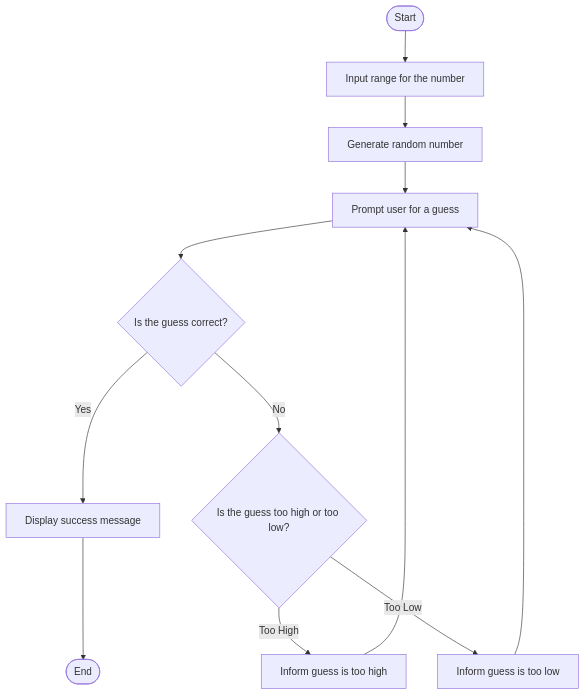
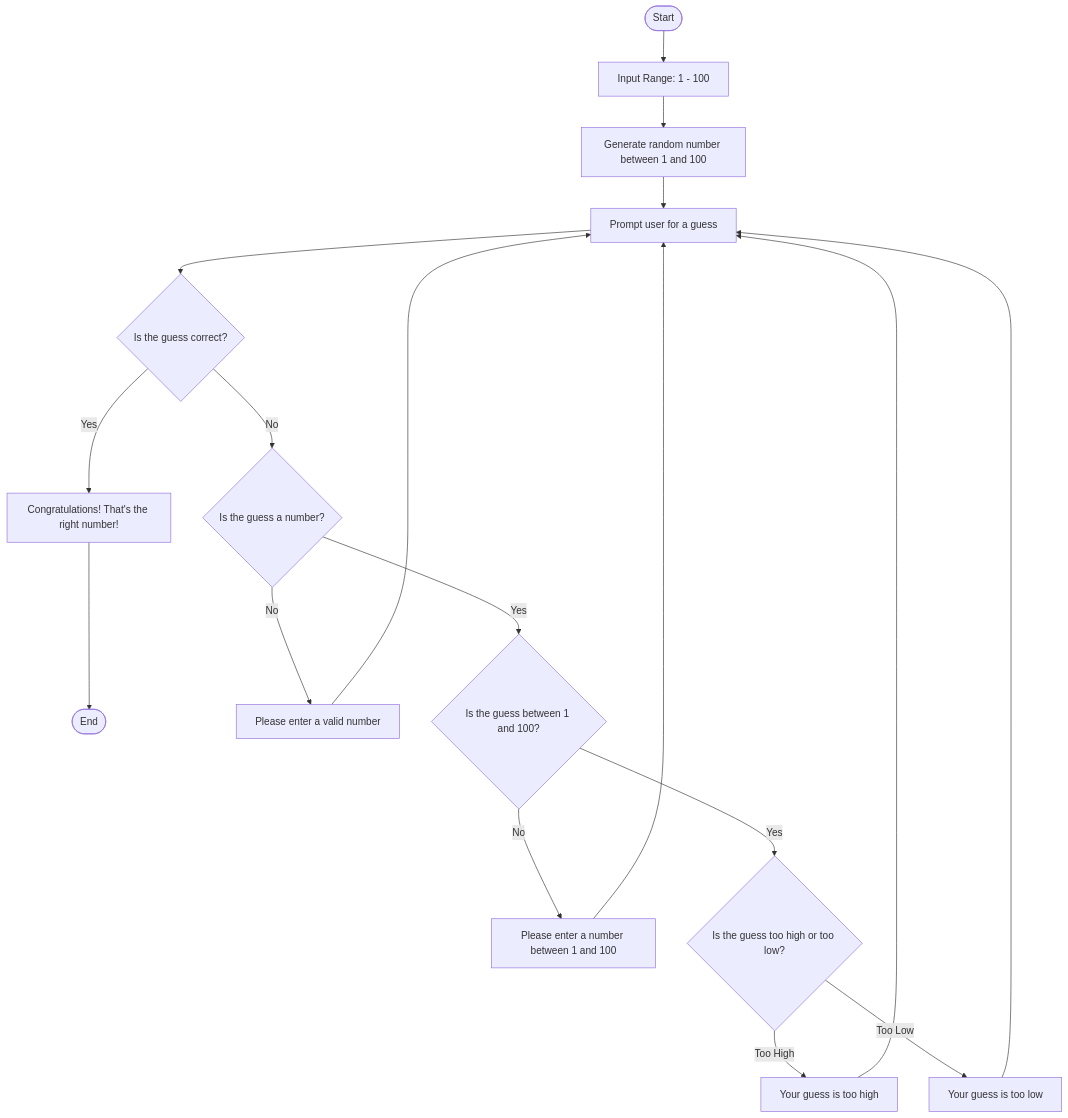
Before and after one commit to kngruber/kngruber.github.io: the diagram in Guessing.md, drawn with Mermaid. The commit also changed other lines of this file, not shown here.

Commit message:
Finished updating Guessing.md

````diff
--- a/Guessing.md
+++ b/Guessing.md
@@ -1,14 +1,20 @@
 ```mermaid
 flowchart TD
-    Start([Start]) --> InputRange["Input range for the number"]
-    InputRange --> GenerateNumber["Generate random number"]
+    Start([Start]) --> InputRange["Input Range: 1 - 100"]
+    InputRange --> GenerateNumber["Generate random number between 1 and 100"]
     GenerateNumber --> InputGuess["Prompt user for a guess"]
     InputGuess --> CheckGuess{"Is the guess correct?"}
-    CheckGuess -->|Yes| CorrectGuess["Display success message"]
+    CheckGuess -->|Yes| CorrectGuess["Congratulations! That's the right number!"]
     CorrectGuess --> End([End])
-    CheckGuess -->|No| CheckHighLow{"Is the guess too high or too low?"}
-    CheckHighLow -->|Too High| HintHigh["Inform guess is too high"]
+    CheckGuess -->|No| CheckIsNumber{"Is the guess a number?"}
+    CheckIsNumber -->|No| InvalidInput["Please enter a valid number"]
+    InvalidInput --> InputGuess
+    CheckIsNumber -->|Yes| CheckRange{"Is the guess between 1 and 100?"}
+    CheckRange -->|No| OutOfRange["Please enter a number between 1 and 100"]
+    OutOfRange --> InputGuess
+    CheckRange -->|Yes| CheckHighLow{"Is the guess too high or too low?"}
+    CheckHighLow -->|Too High| HintHigh["Your guess is too high"]
     HintHigh --> InputGuess
-    CheckHighLow -->|Too Low| HintLow["Inform guess is too low"]
+    CheckHighLow -->|Too Low| HintLow["Your guess is too low"]
     HintLow --> InputGuess
 ```
````
